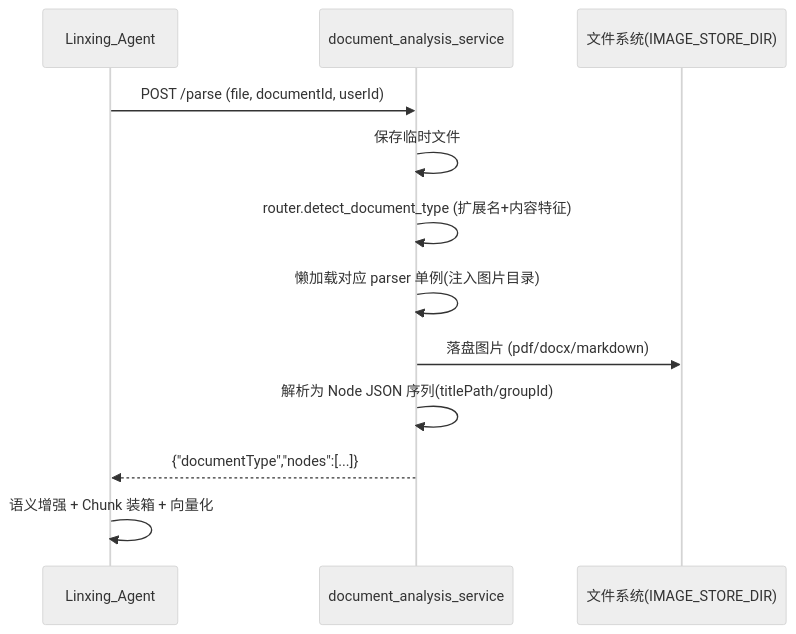
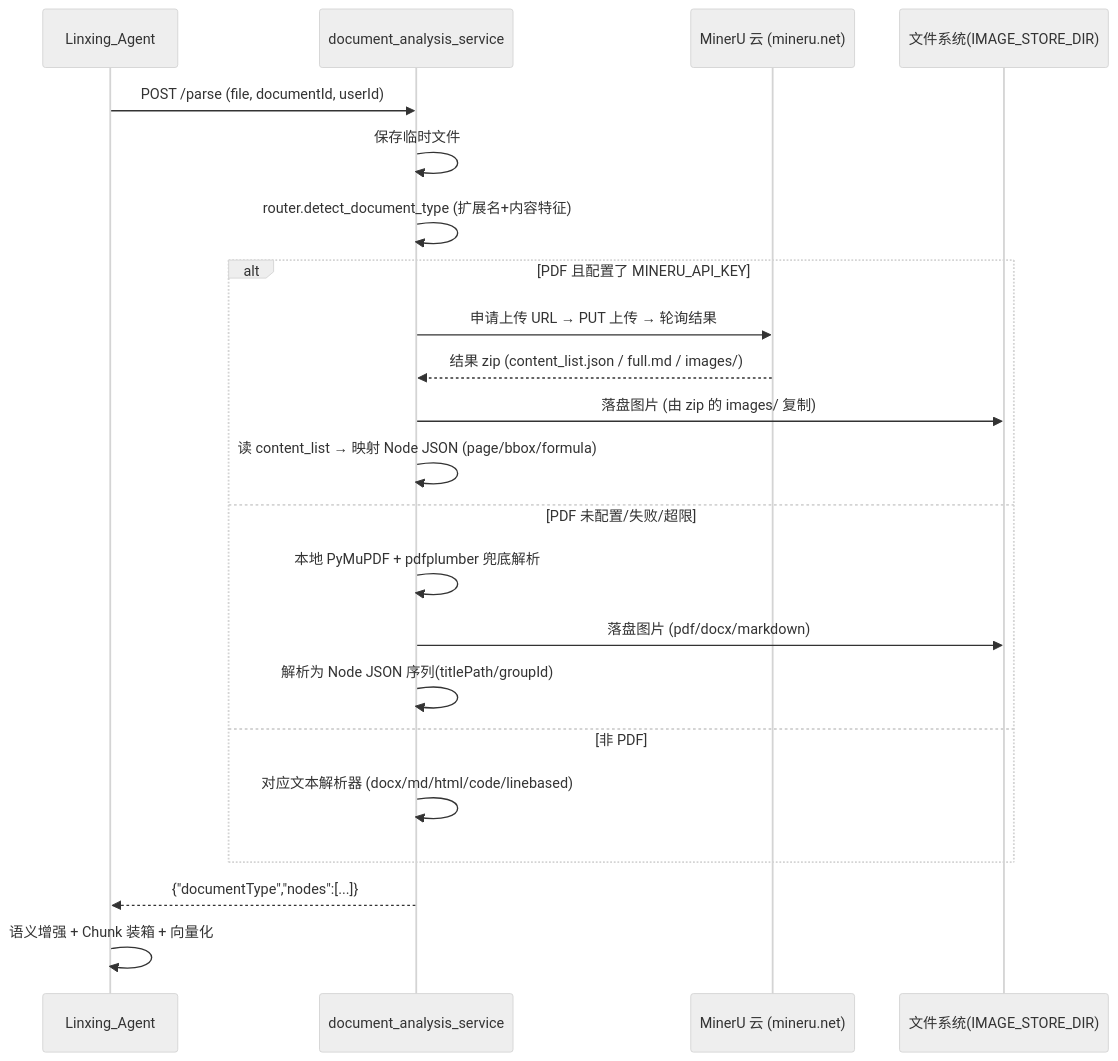
One commit to Cheemsup/Linxing changed the first of 2 diagrams in document_analysis_service/README.md. Above: the diagram before and after it, drawn with Mermaid (neutral theme). The commit also changed other lines of this file and 13 other files, not shown here.

````diff
--- a/document_analysis_service/README.md
+++ b/document_analysis_service/README.md
@@ -117,15 +123,25 @@
 ```mermaid
 sequenceDiagram
     participant Java as Linxing_Agent
     participant Py as document_analysis_service
+    participant MU as MinerU 云 (mineru.net)
     participant FS as 文件系统(IMAGE_STORE_DIR)
 
     Java->>Py: POST /parse (file, documentId, userId)
     Py->>Py: 保存临时文件
     Py->>Py: router.detect_document_type (扩展名+内容特征)
-    Py->>Py: 懒加载对应 parser 单例(注入图片目录)
-    Py->>FS: 落盘图片 (pdf/docx/markdown)
-    Py->>Py: 解析为 Node JSON 序列(titlePath/groupId)
+    alt PDF 且配置了 MINERU_API_KEY
+        Py->>MU: 申请上传 URL → PUT 上传 → 轮询结果
+        MU-->>Py: 结果 zip (content_list.json / full.md / images/)
+        Py->>FS: 落盘图片 (由 zip 的 images/ 复制)
+        Py->>Py: 读 content_list → 映射 Node JSON (page/bbox/formula)
+    else PDF 未配置/失败/超限
+        Py->>Py: 本地 PyMuPDF + pdfplumber 兜底解析
+        Py->>FS: 落盘图片 (pdf/docx/markdown)
+        Py->>Py: 解析为 Node JSON 序列(titlePath/groupId)
+    else 非 PDF
+        Py->>Py: 对应文本解析器 (docx/md/html/code/linebased)
+    end
     Py-->>Java: {"documentType","nodes":[...]}
     Java->>Java: 语义增强 + Chunk 装箱 + 向量化
 ```
````
